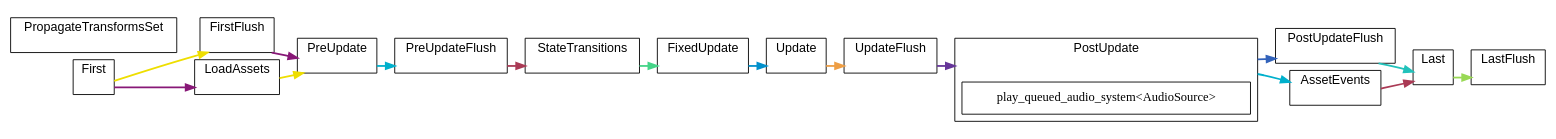
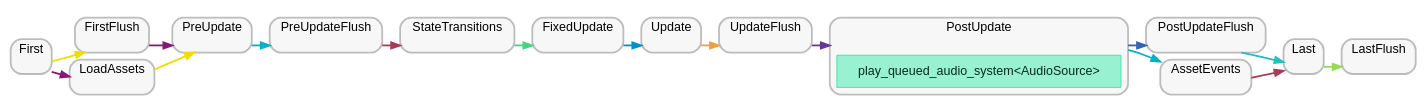
One commit to jakobhellermann/bevy_mod_debugdump changed the diagram in docs/schedule/by-crate/light/schedule_Main_bevy_audio.dot. Above: the diagram before and after it, drawn with Graphviz. The commit also changed 97 other files, not shown here.

```diff
--- a/docs/schedule/by-crate/light/schedule_Main_bevy_audio.dot
+++ b/docs/schedule/by-crate/light/schedule_Main_bevy_audio.dot
@@ -1,145 +1,166 @@
 digraph "" {
 	"compound"="true";
 	"splines"="spline";
 	"rankdir"="LR";
 	"bgcolor"="white";
 	"fontname"="Helvetica";
+	"nodesep"="0.15";
 	edge ["penwidth"="2"];
-	node ["shape"="box", "style"="filled", "fillcolor"="white", "color"="black"];
+	node ["shape"="box", "style"="filled"];
 	subgraph "clusternode_Set(0)" {
+		"style"="rounded,filled";
 		"label"="Update";
 		"tooltip"="Update";
-		"bgcolor"="white";
-		"color"="black";
+		"fillcolor"="#00000008";
+		"color"="#00000040";
+		"penwidth"="2";
 		"set_marker_node_Set(0)" ["style"="invis", "label"="", "height"="0", "shape"="point"]
 	}
 	
 	subgraph "clusternode_Set(2)" {
+		"style"="rounded,filled";
 		"label"="FirstFlush";
 		"tooltip"="FirstFlush";
-		"bgcolor"="white";
-		"color"="black";
+		"fillcolor"="#00000008";
+		"color"="#00000040";
+		"penwidth"="2";
 		"set_marker_node_Set(2)" ["style"="invis", "label"="", "height"="0", "shape"="point"]
 	}
 	
 	subgraph "clusternode_Set(3)" {
+		"style"="rounded,filled";
 		"label"="PreUpdateFlush";
 		"tooltip"="PreUpdateFlush";
-		"bgcolor"="white";
-		"color"="black";
+		"fillcolor"="#00000008";
+		"color"="#00000040";
+		"penwidth"="2";
 		"set_marker_node_Set(3)" ["style"="invis", "label"="", "height"="0", "shape"="point"]
 	}
 	
 	subgraph "clusternode_Set(4)" {
+		"style"="rounded,filled";
 		"label"="UpdateFlush";
 		"tooltip"="UpdateFlush";
-		"bgcolor"="white";
-		"color"="black";
+		"fillcolor"="#00000008";
+		"color"="#00000040";
+		"penwidth"="2";
 		"set_marker_node_Set(4)" ["style"="invis", "label"="", "height"="0", "shape"="point"]
 	}
 	
 	subgraph "clusternode_Set(5)" {
+		"style"="rounded,filled";
 		"label"="PostUpdateFlush";
 		"tooltip"="PostUpdateFlush";
-		"bgcolor"="white";
-		"color"="black";
+		"fillcolor"="#00000008";
+		"color"="#00000040";
+		"penwidth"="2";
 		"set_marker_node_Set(5)" ["style"="invis", "label"="", "height"="0", "shape"="point"]
 	}
 	
 	subgraph "clusternode_Set(6)" {
+		"style"="rounded,filled";
 		"label"="LastFlush";
 		"tooltip"="LastFlush";
-		"bgcolor"="white";
-		"color"="black";
+		"fillcolor"="#00000008";
+		"color"="#00000040";
+		"penwidth"="2";
 		"set_marker_node_Set(6)" ["style"="invis", "label"="", "height"="0", "shape"="point"]
 	}
 	
 	subgraph "clusternode_Set(7)" {
+		"style"="rounded,filled";
 		"label"="First";
 		"tooltip"="First";
-		"bgcolor"="white";
-		"color"="black";
+		"fillcolor"="#00000008";
+		"color"="#00000040";
+		"penwidth"="2";
 		"set_marker_node_Set(7)" ["style"="invis", "label"="", "height"="0", "shape"="point"]
 	}
 	
 	subgraph "clusternode_Set(8)" {
+		"style"="rounded,filled";
 		"label"="PreUpdate";
 		"tooltip"="PreUpdate";
-		"bgcolor"="white";
-		"color"="black";
+		"fillcolor"="#00000008";
+		"color"="#00000040";
+		"penwidth"="2";
 		"set_marker_node_Set(8)" ["style"="invis", "label"="", "height"="0", "shape"="point"]
 	}
 	
 	subgraph "clusternode_Set(9)" {
+		"style"="rounded,filled";
 		"label"="StateTransitions";
 		"tooltip"="StateTransitions";
-		"bgcolor"="white";
-		"color"="black";
+		"fillcolor"="#00000008";
+		"color"="#00000040";
+		"penwidth"="2";
 		"set_marker_node_Set(9)" ["style"="invis", "label"="", "height"="0", "shape"="point"]
 	}
 	
 	subgraph "clusternode_Set(10)" {
+		"style"="rounded,filled";
 		"label"="FixedUpdate";
 		"tooltip"="FixedUpdate";
-		"bgcolor"="white";
-		"color"="black";
+		"fillcolor"="#00000008";
+		"color"="#00000040";
+		"penwidth"="2";
 		"set_marker_node_Set(10)" ["style"="invis", "label"="", "height"="0", "shape"="point"]
 	}
 	
 	subgraph "clusternode_Set(11)" {
+		"style"="rounded,filled";
 		"label"="PostUpdate";
 		"tooltip"="PostUpdate";
-		"bgcolor"="white";
-		"color"="black";
+		"fillcolor"="#00000008";
+		"color"="#00000040";
+		"penwidth"="2";
 		"set_marker_node_Set(11)" ["style"="invis", "label"="", "height"="0", "shape"="point"]
-		"node_System(142)" ["label"="play_queued_audio_system<AudioSource>", "tooltip"="bevy_audio::audio_output::play_queued_audio_system<bevy_audio::audio_source::AudioSource>"]
+		"node_System(142)" ["label"="play_queued_audio_system<AudioSource>", "tooltip"="bevy_audio::audio_output::play_queued_audio_system<bevy_audio::audio_source::AudioSource>", "fillcolor"="#98f1d1", "fontname"="Helvetica", "fontcolor"="#062c1e", "color"="#3ee4a8", "penwidth"="1"]
 	}
 	
 	subgraph "clusternode_Set(12)" {
+		"style"="rounded,filled";
 		"label"="Last";
 		"tooltip"="Last";
-		"bgcolor"="white";
-		"color"="black";
+		"fillcolor"="#00000008";
+		"color"="#00000040";
+		"penwidth"="2";
 		"set_marker_node_Set(12)" ["style"="invis", "label"="", "height"="0", "shape"="point"]
 	}
 	
-	subgraph "clusternode_Set(22)" {
-		"label"="PropagateTransformsSet";
-		"tooltip"="PropagateTransformsSet";
-		"bgcolor"="white";
-		"color"="black";
-		"set_marker_node_Set(22)" ["style"="invis", "label"="", "height"="0", "shape"="point"]
-	}
-	
 	subgraph "clusternode_Set(59)" {
+		"style"="rounded,filled";
 		"label"="LoadAssets";
 		"tooltip"="LoadAssets";
-		"bgcolor"="white";
-		"color"="black";
+		"fillcolor"="#00000008";
+		"color"="#00000040";
+		"penwidth"="2";
 		"set_marker_node_Set(59)" ["style"="invis", "label"="", "height"="0", "shape"="point"]
 	}
 	
 	subgraph "clusternode_Set(60)" {
+		"style"="rounded,filled";
 		"label"="AssetEvents";
 		"tooltip"="AssetEvents";
-		"bgcolor"="white";
-		"color"="black";
+		"fillcolor"="#00000008";
+		"color"="#00000040";
+		"penwidth"="2";
 		"set_marker_node_Set(60)" ["style"="invis", "label"="", "height"="0", "shape"="point"]
 	}
 	
 	"set_marker_node_Set(7)" -> "set_marker_node_Set(2)" ["lhead"="clusternode_Set(2)", "ltail"="clusternode_Set(7)", "tooltip"="First → FirstFlush", "color"="#eede00"]
 	"set_marker_node_Set(2)" -> "set_marker_node_Set(8)" ["lhead"="clusternode_Set(8)", "ltail"="clusternode_Set(2)", "tooltip"="FirstFlush → PreUpdate", "color"="#881877"]
 	"set_marker_node_Set(8)" -> "set_marker_node_Set(3)" ["lhead"="clusternode_Set(3)", "ltail"="clusternode_Set(8)", "tooltip"="PreUpdate → PreUpdateFlush", "color"="#00b0cc"]
 	"set_marker_node_Set(3)" -> "set_marker_node_Set(9)" ["lhead"="clusternode_Set(9)", "ltail"="clusternode_Set(3)", "tooltip"="PreUpdateFlush → StateTransitions", "color"="#aa3a55"]
 	"set_marker_node_Set(9)" -> "set_marker_node_Set(10)" ["lhead"="clusternode_Set(10)", "ltail"="clusternode_Set(9)", "tooltip"="StateTransitions → FixedUpdate", "color"="#44d488"]
 	"set_marker_node_Set(10)" -> "set_marker_node_Set(0)" ["lhead"="clusternode_Set(0)", "ltail"="clusternode_Set(10)", "tooltip"="FixedUpdate → Update", "color"="#0090cc"]
 	"set_marker_node_Set(0)" -> "set_marker_node_Set(4)" ["lhead"="clusternode_Set(4)", "ltail"="clusternode_Set(0)", "tooltip"="Update → UpdateFlush", "color"="#ee9e44"]
 	"set_marker_node_Set(4)" -> "set_marker_node_Set(11)" ["lhead"="clusternode_Set(11)", "ltail"="clusternode_Set(4)", "tooltip"="UpdateFlush → PostUpdate", "color"="#663699"]
 	"set_marker_node_Set(11)" -> "set_marker_node_Set(5)" ["lhead"="clusternode_Set(5)", "ltail"="clusternode_Set(11)", "tooltip"="PostUpdate → PostUpdateFlush", "color"="#3363bb"]
 	"set_marker_node_Set(5)" -> "set_marker_node_Set(12)" ["lhead"="clusternode_Set(12)", "ltail"="clusternode_Set(5)", "tooltip"="PostUpdateFlush → Last", "color"="#22c2bb"]
 	"set_marker_node_Set(12)" -> "set_marker_node_Set(6)" ["lhead"="clusternode_Set(6)", "ltail"="clusternode_Set(12)", "tooltip"="Last → LastFlush", "color"="#99d955"]
 	"set_marker_node_Set(59)" -> "set_marker_node_Set(8)" ["lhead"="clusternode_Set(8)", "ltail"="clusternode_Set(59)", "tooltip"="LoadAssets → PreUpdate", "color"="#eede00"]
 	"set_marker_node_Set(7)" -> "set_marker_node_Set(59)" ["lhead"="clusternode_Set(59)", "ltail"="clusternode_Set(7)", "tooltip"="First → LoadAssets", "color"="#881877"]
 	"set_marker_node_Set(11)" -> "set_marker_node_Set(60)" ["lhead"="clusternode_Set(60)", "ltail"="clusternode_Set(11)", "tooltip"="PostUpdate → AssetEvents", "color"="#00b0cc"]
 	"set_marker_node_Set(60)" -> "set_marker_node_Set(12)" ["lhead"="clusternode_Set(12)", "ltail"="clusternode_Set(60)", "tooltip"="AssetEvents → Last", "color"="#aa3a55"]
 }
```
